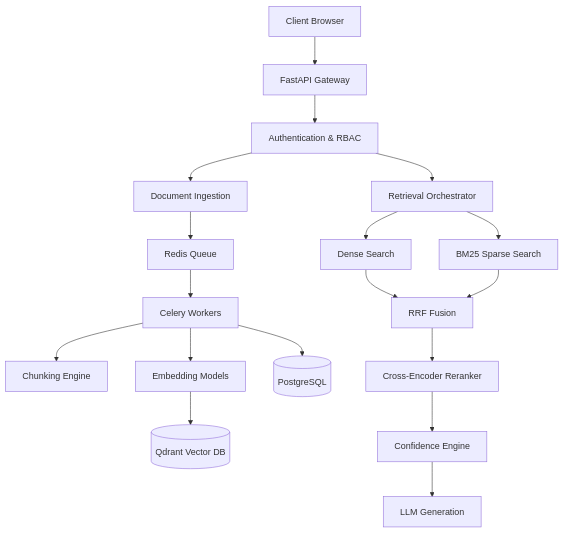
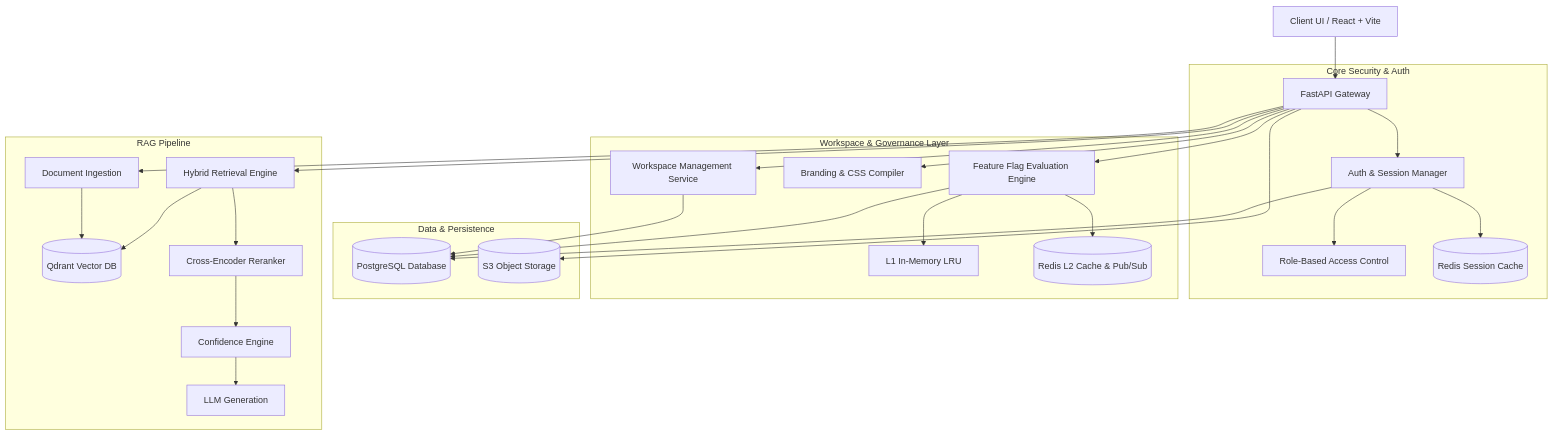
One commit to sujith0466/Veritas-RAG changed the diagram in README.md. Above: the diagram before and after it, drawn with Mermaid. The commit also changed other lines of this file and 512 other files, not shown here.

Commit message:
feat: complete Epics 1-3 (Foundation, Auth, Workspace) — Production Frozen

````diff
--- a/README.md
+++ b/README.md
@@ -45,22 +54,35 @@
 ```mermaid
 graph TD
-    Client[Client Browser] --> API[FastAPI Gateway]
-    API --> Auth[Authentication & RBAC]
-    Auth --> Retrieval[Retrieval Orchestrator]
-    Auth --> Ingestion[Document Ingestion]
+    Client[Client UI / React + Vite] --> Gateway[FastAPI Gateway]
     
-    Ingestion --> Queue[Redis Queue]
-    Queue --> Celery[Celery Workers]
-    Celery --> Chunking[Chunking Engine]
-    Celery --> Embedding[Embedding Models]
-    Embedding --> Qdrant[(Qdrant Vector DB)]
-    Celery --> PG[(PostgreSQL)]
-    
-    Retrieval --> Dense[Dense Search]
-    Retrieval --> Sparse[BM25 Sparse Search]
-    Dense --> Fusion[RRF Fusion]
-    Sparse --> Fusion
-    Fusion --> Reranker[Cross-Encoder Reranker]
-    Reranker --> Confidence[Confidence Engine]
-    Confidence --> LLM[LLM Generation]
+    subgraph "Core Security & Auth"
+        Gateway --> Auth[Auth & Session Manager]
+        Auth --> RBAC[Role-Based Access Control]
+        Auth --> RedisAuth[(Redis Session Cache)]
+    end
+
+    subgraph "Workspace & Governance Layer"
+        Gateway --> Workspaces[Workspace Management Service]
+        Gateway --> Branding[Branding & CSS Compiler]
+        Gateway --> Flags[Feature Flag Evaluation Engine]
+        Flags --> L1Cache[L1 In-Memory LRU]
+        Flags --> L2Cache[(Redis L2 Cache & Pub/Sub)]
+    end
+
+    subgraph "Data & Persistence"
+        Workspaces --> PG[(PostgreSQL Database)]
+        Auth --> PG
+        Flags --> PG
+        Gateway --> S3[(S3 Object Storage)]
+    end
+
+    subgraph "RAG Pipeline"
+        Gateway --> Ingestion[Document Ingestion]
+        Gateway --> Retrieval[Hybrid Retrieval Engine]
+        Ingestion --> Qdrant[(Qdrant Vector DB)]
+        Retrieval --> Qdrant
+        Retrieval --> Reranker[Cross-Encoder Reranker]
+        Reranker --> Confidence[Confidence Engine]
+        Confidence --> LLM[LLM Generation]
+    end
 ```
````
